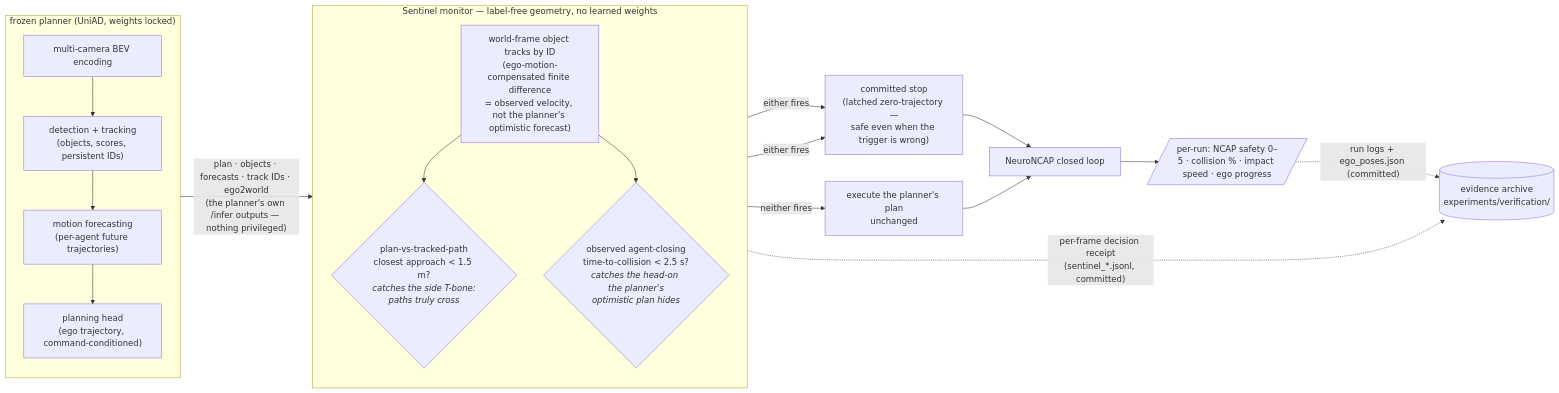
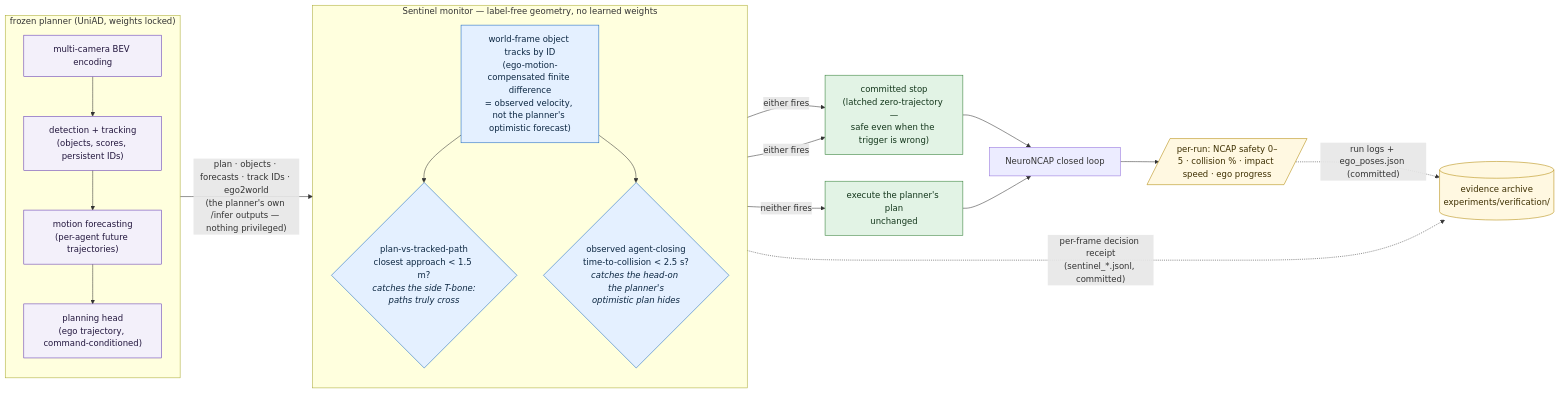
One commit to manfromnowhere143/sentinel changed the second of 3 diagrams in README.md. Above: the diagram before and after it, drawn with Mermaid. The commit also changed other lines of this file, not shown here.

Commit message:
README: reproduction commands for every headline number, safety-case figures surfaced, campaign-arc diagram, semantic color in system diagrams, repository map completed through iter13

````diff
--- a/README.md
+++ b/README.md
@@ -65,26 +91,34 @@
 ```mermaid
 flowchart LR
   subgraph PL["frozen planner (UniAD, weights locked)"]
     direction TB
     BEV["multi-camera BEV encoding"] --> TRK["detection + tracking<br/>(objects, scores, persistent IDs)"]
     TRK --> MOT["motion forecasting<br/>(per-agent future trajectories)"]
     MOT --> PH["planning head<br/>(ego trajectory, command-conditioned)"]
   end
   PL -- "plan · objects · forecasts · track IDs · ego2world<br/>(the planner's own /infer outputs — nothing privileged)" --> M
   subgraph M["Sentinel monitor — label-free geometry, no learned weights"]
     direction TB
     A["world-frame object tracks by ID<br/>(ego-motion-compensated finite difference<br/>= observed velocity, not the planner's optimistic forecast)"]
     C{"plan-vs-tracked-path<br/>closest approach &lt; 1.5 m?<br/><i>catches the side T-bone:<br/>paths truly cross</i>"}
     T{"observed agent-closing<br/>time-to-collision &lt; 2.5 s?<br/><i>catches the head-on the planner's<br/>optimistic plan hides</i>"}
     A --> C
     A --> T
   end
   C -- "either fires" --> B["committed stop<br/>(latched zero-trajectory —<br/>safe even when the trigger is wrong)"]
   T -- "either fires" --> B
   C -- "neither fires" --> E["execute the planner's plan<br/>unchanged"]
   B --> S["NeuroNCAP closed loop"]
   E --> S
   M -. "per-frame decision receipt<br/>(sentinel_*.jsonl, committed)" .-> V[("evidence archive<br/>experiments/verification/")]
   S --> R[/"per-run: NCAP safety 0–5 · collision % · impact speed · ego progress"/]
   R -. "run logs + ego_poses.json (committed)" .-> V
+  classDef planner fill:#f3f0fa,stroke:#5e35b1,color:#22163d;
+  classDef mon fill:#e4f0ff,stroke:#1565c0,color:#0c2742;
+  classDef act fill:#e2f3e5,stroke:#2e7d32,color:#13361b;
+  classDef ev fill:#fff8e1,stroke:#b28704,color:#3d2f00;
+  class BEV,TRK,MOT,PH planner;
+  class A,C,T mon;
+  class B,E act;
+  class V,R ev;
 ```
````
